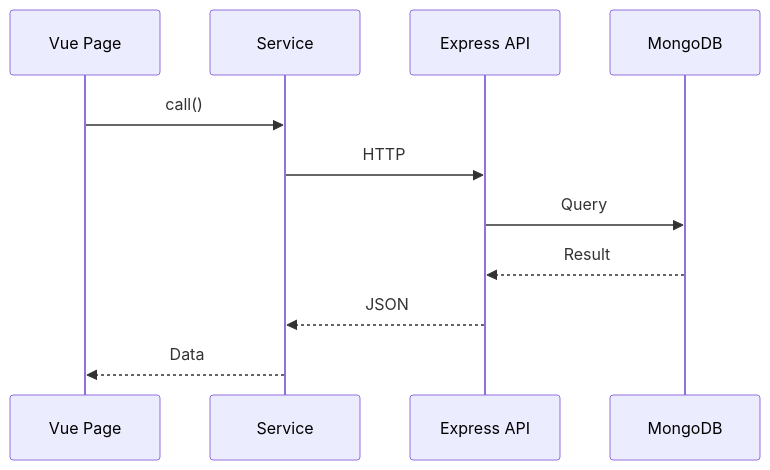
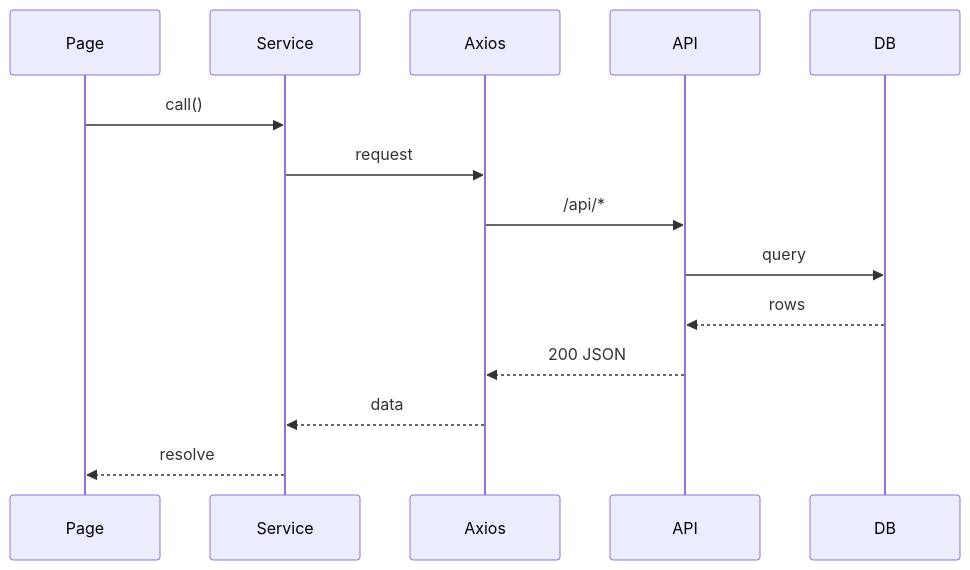
The seventh of 9 diagrams in metainflu/frontend/client/src/services/SERVICES_DEVELOPER_DOCUMENTATION.md (abh1hi/aura-shop), drawn with Mermaid before and after one commit. The commit also changed other lines of this file, not shown here.

Commit message:
Extend services developer documentation with axios client, error model, testing, and advanced guidance

````diff
--- a/metainflu/frontend/client/src/services/SERVICES_DEVELOPER_DOCUMENTATION.md
+++ b/metainflu/frontend/client/src/services/SERVICES_DEVELOPER_DOCUMENTATION.md
@@ -279,13 +344,16 @@
 ```mermaid
 sequenceDiagram
-  participant Page as Vue Page
-  participant SVC as Service
-  participant API as Express API
-  participant DB as MongoDB
-  Page->>SVC: call()
-  SVC->>API: HTTP
-  API->>DB: Query
-  DB-->>API: Result
-  API-->>SVC: JSON
-  SVC-->>Page: Data
+  participant Page
+  participant Service
+  participant HTTP as Axios
+  participant API
+  participant DB
+  Page->>Service: call()
+  Service->>HTTP: request
+  HTTP->>API: /api/*
+  API->>DB: query
+  DB-->>API: rows
+  API-->>HTTP: 200 JSON
+  HTTP-->>Service: data
+  Service-->>Page: resolve
 ```
````
